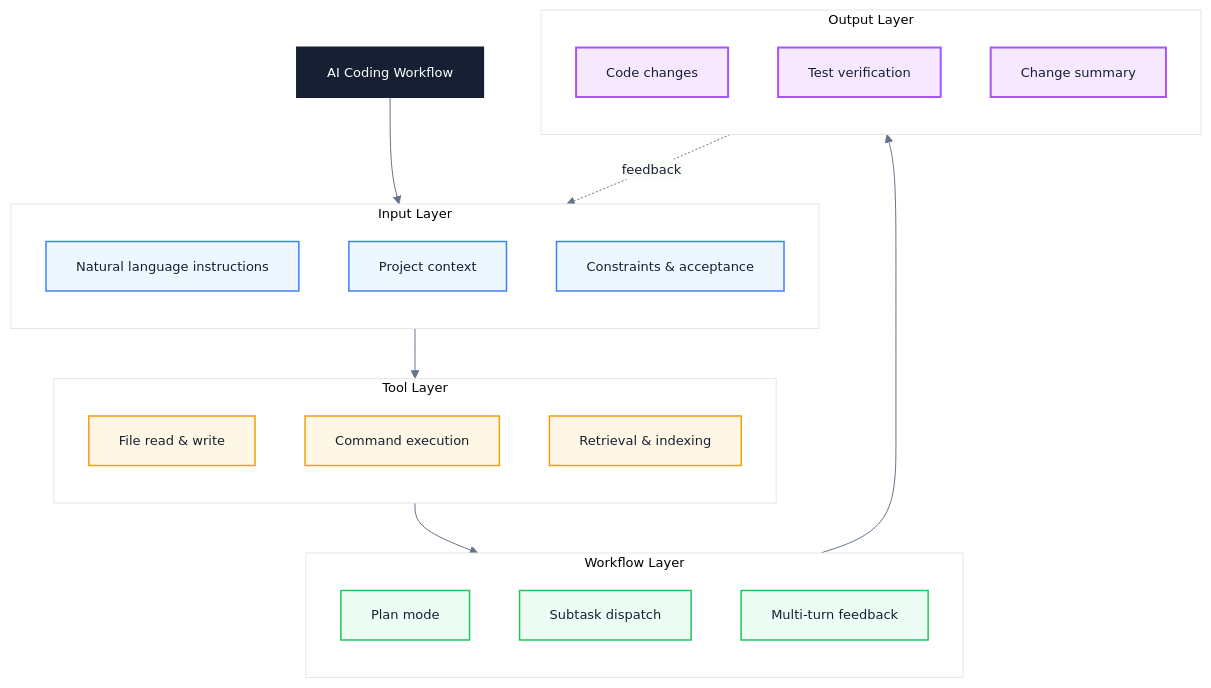
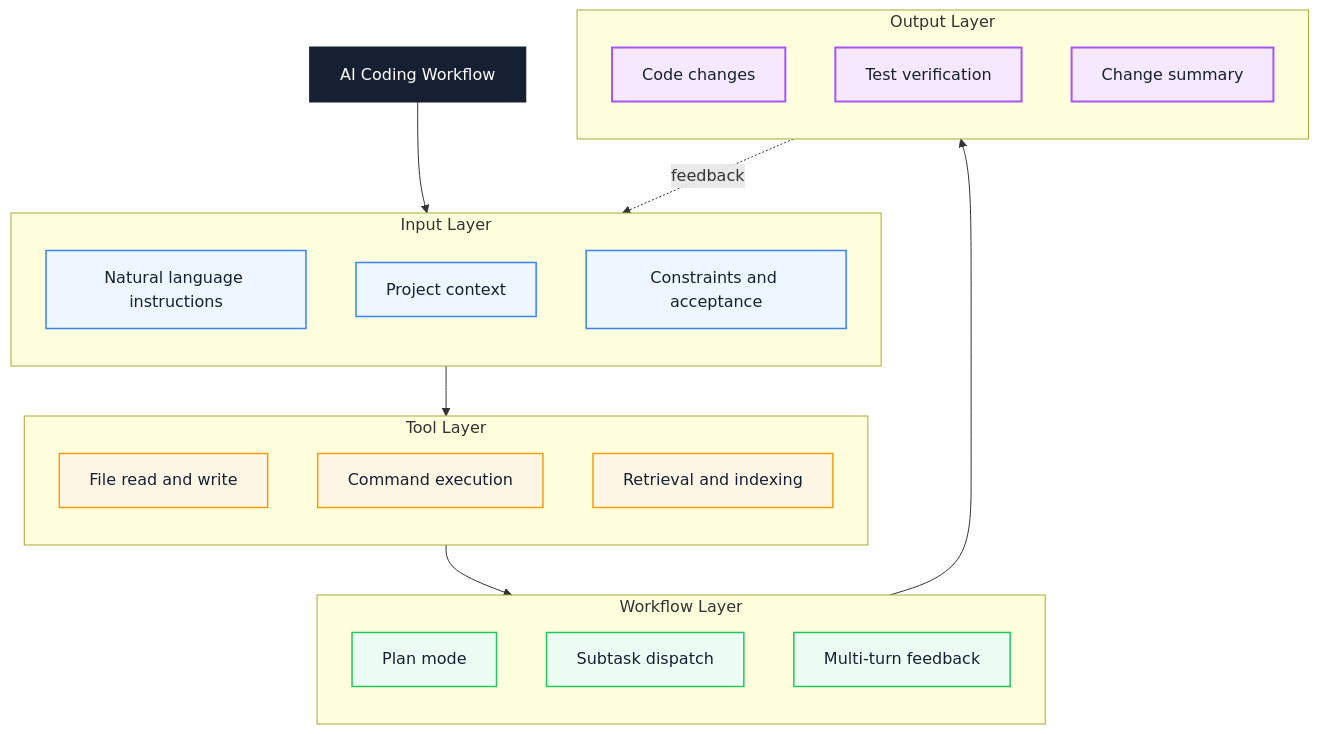
One commit to Fatejian/frontier-vault changed the second of 6 diagrams in docs/en/ai/agent-engineering-learning-path.md. Above: the diagram before and after it, drawn with Mermaid. The commit also changed other lines of this file and 41 other files, not shown here.

````diff
--- a/docs/en/ai/agent-engineering-learning-path.md
+++ b/docs/en/ai/agent-engineering-learning-path.md
@@ -57,51 +151,50 @@
 ```mermaid
-%%{init: {'theme': 'base', 'themeVariables': {'fontFamily': 'Inter, PingFang SC, Microsoft YaHei, sans-serif', 'primaryColor': '#F8FAFC', 'primaryTextColor': '#172033', 'primaryBorderColor': '#CBD5E1', 'lineColor': '#64748B', 'fontSize': '13px'}}}%%
 flowchart TB
     Core["AI Coding Workflow"]
 
     subgraph Input["Input Layer"]
         direction TB
         I1["Natural language instructions"]
         I2["Project context"]
-        I3["Constraints & acceptance"]
+        I3["Constraints and acceptance"]
     end
 
     subgraph Tool["Tool Layer"]
         direction TB
-        T1["File read & write"]
+        T1["File read and write"]
         T2["Command execution"]
-        T3["Retrieval & indexing"]
+        T3["Retrieval and indexing"]
     end
 
     subgraph Workflow["Workflow Layer"]
         direction TB
         W1["Plan mode"]
         W2["Subtask dispatch"]
         W3["Multi-turn feedback"]
     end
 
     subgraph Output["Output Layer"]
         direction TB
         O1["Code changes"]
         O2["Test verification"]
         O3["Change summary"]
     end
 
     Core --> Input
     Input --> Tool
     Tool --> Workflow
     Workflow --> Output
     Output -. feedback .-> Input
 
     classDef core fill:#172033,color:#fff,stroke:#172033,stroke-width:2px;
     classDef wait fill:#EEF6FF,stroke:#3B82F6,color:#172033,stroke-width:1.5px;
     classDef block fill:#FFF7E6,stroke:#F59E0B,color:#172033,stroke-width:1.5px;
     classDef work fill:#ECFDF3,stroke:#22C55E,color:#172033,stroke-width:1.5px;
     classDef metric fill:#F5E8FF,stroke:#A855F7,color:#172033,stroke-width:2px;
 
     class Core core;
     class I1,I2,I3 wait;
     class T1,T2,T3 block;
     class W1,W2,W3 work;
     class O1,O2,O3 metric;
 ```
````
